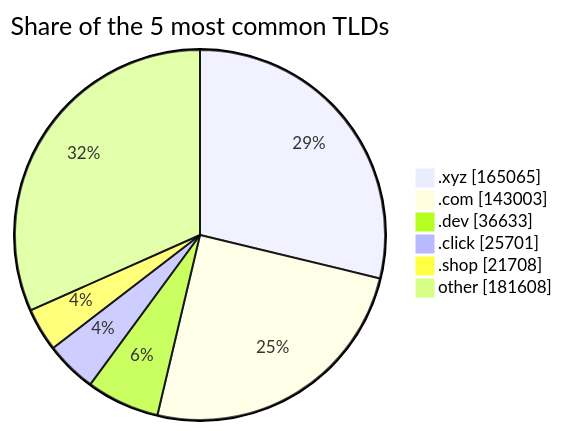
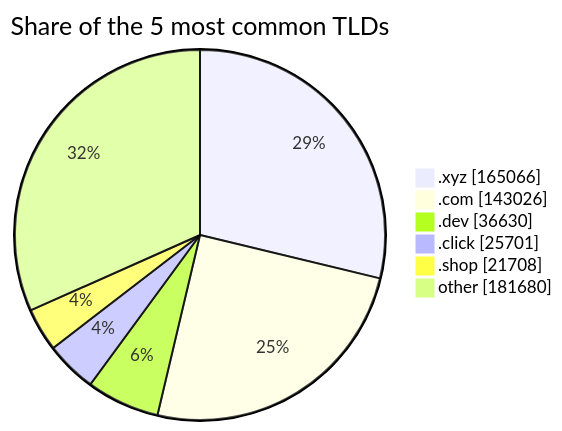
Before and after one commit to DNSBunker/CTI: the third of 3 diagrams in README.md, drawn with Mermaid. The commit also changed other lines of this file and 3 other files, not shown here.

````diff
--- a/README.md
+++ b/README.md
@@ -81,9 +81,9 @@
 ```mermaid
 pie showData title Share of the 5 most common TLDs
-    ".xyz" : 165065
-    ".com" : 143003
-    ".dev" : 36633
+    ".xyz" : 165066
+    ".com" : 143026
+    ".dev" : 36630
     ".click" : 25701
     ".shop" : 21708
-    "other" : 181608
+    "other" : 181680
 ```
````
